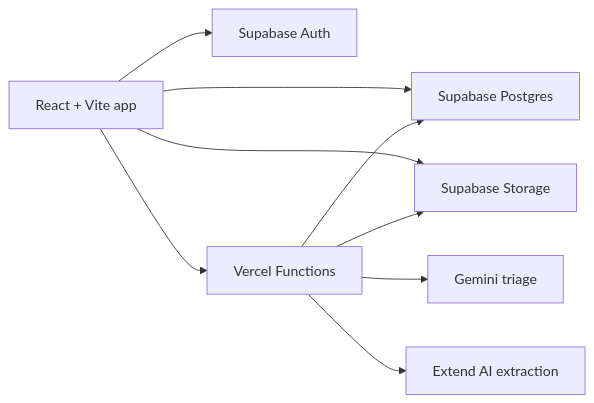
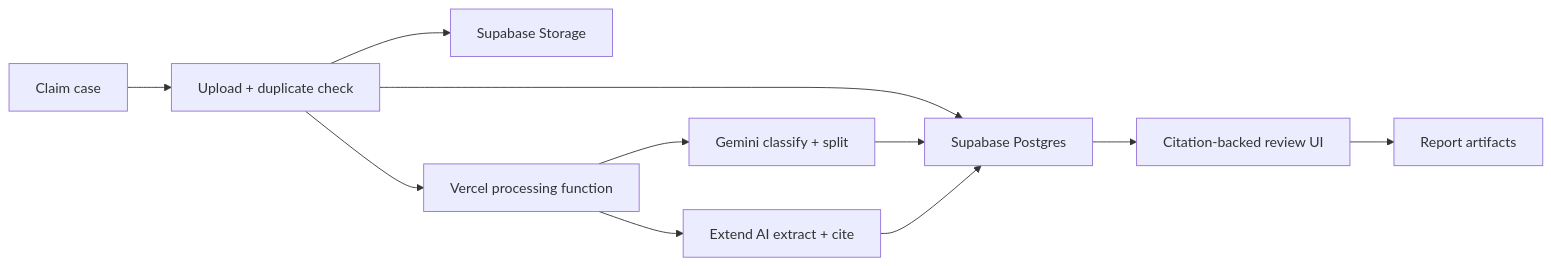
One commit to Sethzy/sunder-document-processing changed the diagram in README.md. Above: the diagram before and after it, drawn with Mermaid. The commit also changed other lines of this file, not shown here.

Commit message:
docs(readme): sharpen Sunder architecture overview

````diff
--- a/README.md
+++ b/README.md
@@ -71,11 +83,13 @@
 ```mermaid
 flowchart LR
-  Browser["React + Vite app"] --> SupabaseAuth["Supabase Auth"]
-  Browser --> SupabaseDB["Supabase Postgres"]
-  Browser --> SupabaseStorage["Supabase Storage"]
-  Browser --> VercelFunctions["Vercel Functions"]
-  VercelFunctions --> Gemini["Gemini triage"]
-  VercelFunctions --> ExtendAI["Extend AI extraction"]
-  VercelFunctions --> SupabaseDB
-  VercelFunctions --> SupabaseStorage
+  Case["Claim case"] --> Upload["Upload + duplicate check"]
+  Upload --> Storage["Supabase Storage"]
+  Upload --> DB["Supabase Postgres"]
+  Upload --> Process["Vercel processing function"]
+  Process --> Gemini["Gemini classify + split"]
+  Process --> Extend["Extend AI extract + cite"]
+  Gemini --> DB
+  Extend --> DB
+  DB --> Review["Citation-backed review UI"]
+  Review --> Reports["Report artifacts"]
 ```
````
